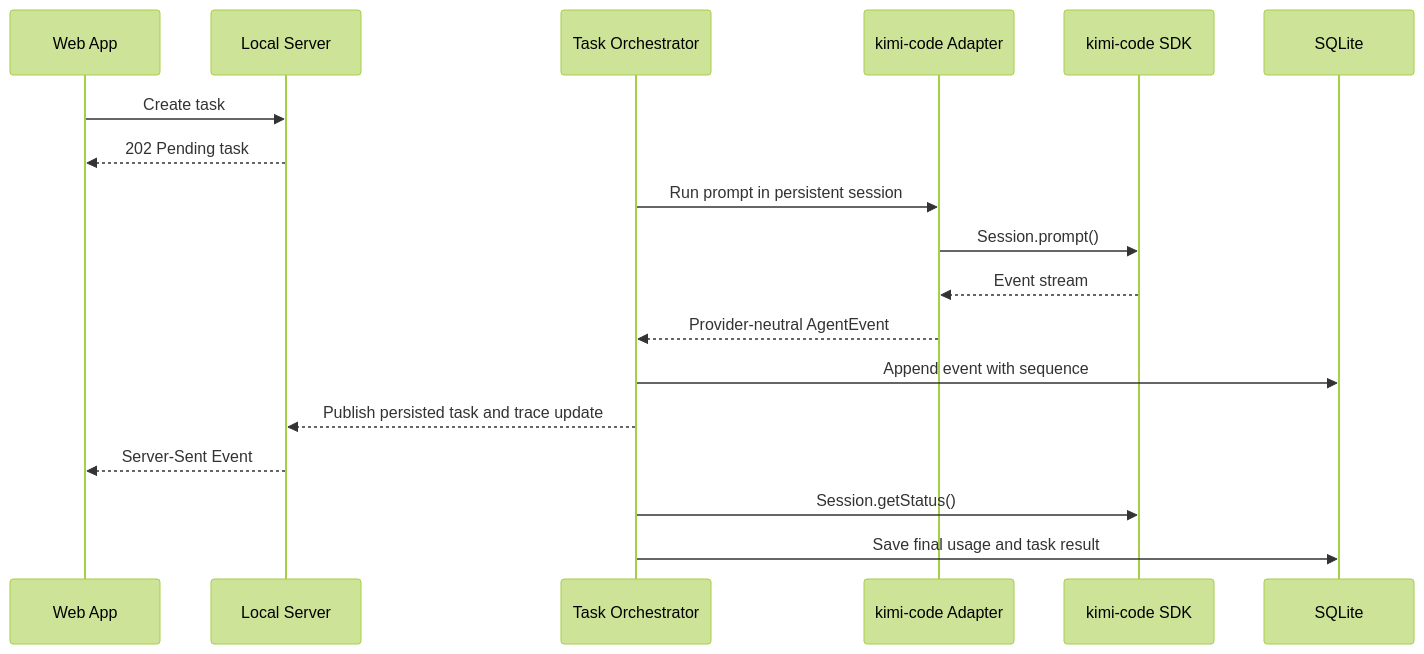
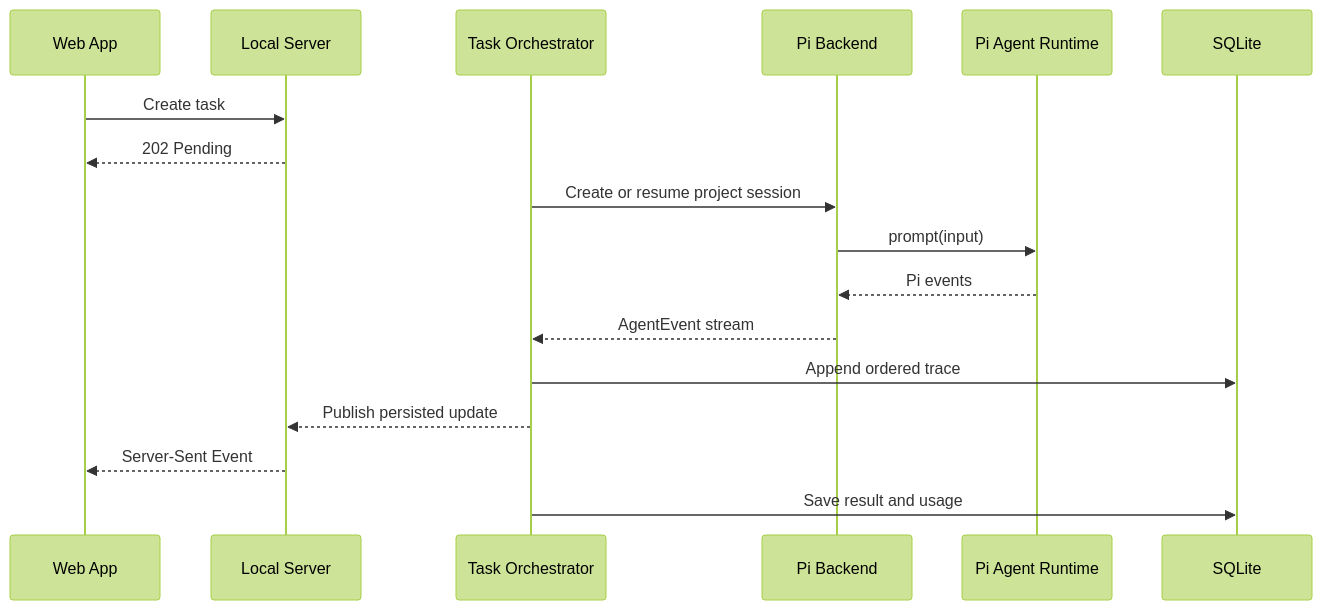
One commit to SureD/babybot changed the second of 3 diagrams in docs/ARCHITECTURE.md. Above: the diagram before and after it, drawn with Mermaid (forest theme). The commit also changed other lines of this file and 19 other files, not shown here.

Commit message:
Refactor agent runtime and workspace orchestration

````diff
--- a/docs/ARCHITECTURE.md
+++ b/docs/ARCHITECTURE.md
@@ -131,21 +91,20 @@
 ```mermaid
 sequenceDiagram
     participant UI as Web App
     participant API as Local Server
     participant Core as Task Orchestrator
-    participant Adapter as kimi-code Adapter
-    participant SDK as kimi-code SDK
+    participant Adapter as Pi Backend
+    participant Runtime as Pi Agent Runtime
     participant DB as SQLite
 
     UI->>API: Create task
-    API-->>UI: 202 Pending task
-    Core->>Adapter: Run prompt in persistent session
-    Adapter->>SDK: Session.prompt()
-    SDK-->>Adapter: Event stream
-    Adapter-->>Core: Provider-neutral AgentEvent
-    Core->>DB: Append event with sequence
-    Core-->>API: Publish persisted task and trace update
+    API-->>UI: 202 Pending
+    Core->>Adapter: Create or resume project session
+    Adapter->>Runtime: prompt(input)
+    Runtime-->>Adapter: Pi events
+    Adapter-->>Core: AgentEvent stream
+    Core->>DB: Append ordered trace
+    Core-->>API: Publish persisted update
     API-->>UI: Server-Sent Event
-    Core->>SDK: Session.getStatus()
-    Core->>DB: Save final usage and task result
+    Core->>DB: Save result and usage
 ```
````
